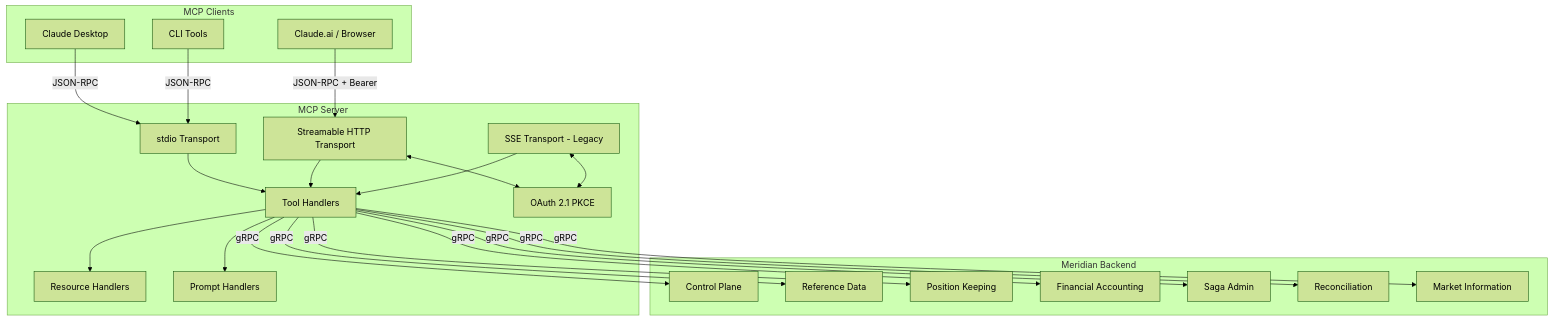
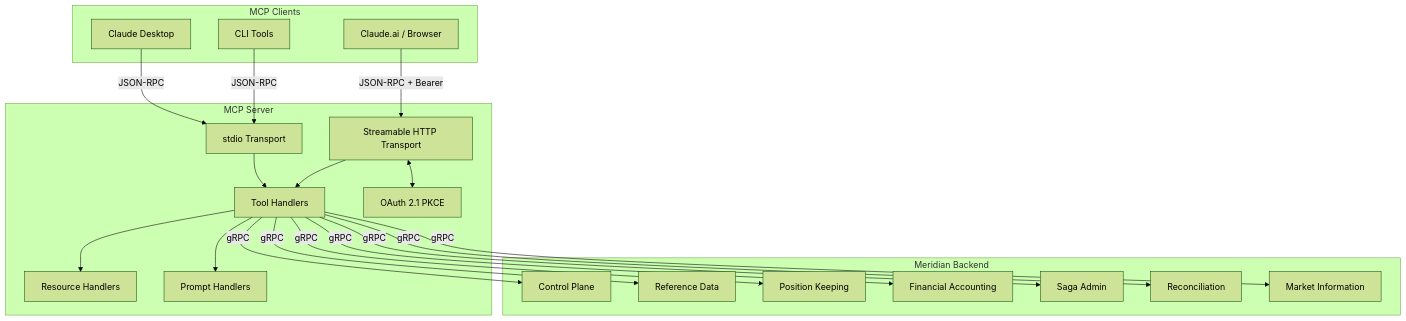
The diagram in services/mcp-server/README.md (meridianhub/meridian), drawn with Mermaid (forest theme) before and after one commit. The commit also changed other lines of this file and 16 other files, not shown here.

First line of the commit message:
refactor: drop legacy SSE transport, streamable HTTP only

````diff
--- a/services/mcp-server/README.md
+++ b/services/mcp-server/README.md
@@ -43,48 +43,45 @@
 ```mermaid
 flowchart TB
     subgraph "MCP Clients"
         CD[Claude Desktop]
         CB[Claude.ai / Browser]
         CLI[CLI Tools]
     end
 
     subgraph "MCP Server"
         ST[stdio Transport]
         SH[Streamable HTTP Transport]
-        SE[SSE Transport - Legacy]
         TH[Tool Handlers]
         RH[Resource Handlers]
         PH[Prompt Handlers]
         OA[OAuth 2.1 PKCE]
     end
 
     subgraph "Meridian Backend"
         CP[Control Plane]
         RD[Reference Data]
         PK[Position Keeping]
         FA[Financial Accounting]
         SA[Saga Admin]
         RC[Reconciliation]
         MI[Market Information]
     end
 
     CD -->|JSON-RPC| ST
     CLI -->|JSON-RPC| ST
     CB -->|JSON-RPC + Bearer| SH
     SH <--> OA
-    SE <--> OA
 
     ST --> TH
     SH --> TH
-    SE --> TH
     TH --> RH
     TH --> PH
 
     TH -->|gRPC| CP
     TH -->|gRPC| RD
     TH -->|gRPC| PK
     TH -->|gRPC| FA
     TH -->|gRPC| SA
     TH -->|gRPC| RC
     TH -->|gRPC| MI
 ```
````
